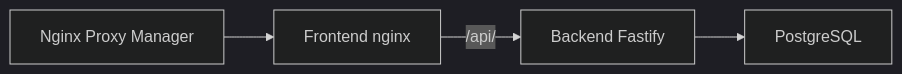
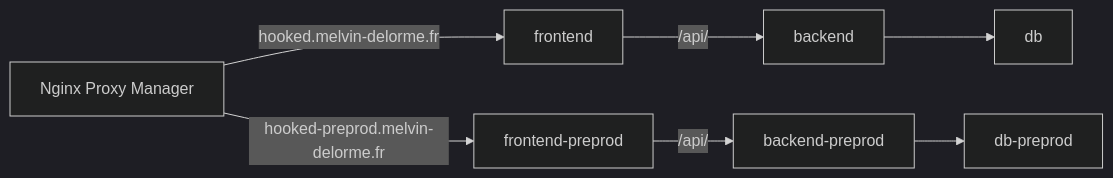
The second of 3 diagrams in .agent/spec/cicd.md (PumixA/hooked), drawn with Mermaid (dark theme) before and after one commit. The commit also changed other lines of this file and 3 other files, not shown here.

````diff
--- a/.agent/spec/cicd.md
+++ b/.agent/spec/cicd.md
@@ -67,6 +85,9 @@
 ```mermaid
 graph LR
-    NPM[Nginx Proxy Manager] --> FE[Frontend nginx]
-    FE -->|/api/| BE[Backend Fastify]
-    BE --> DB[PostgreSQL]
+    NPM[Nginx Proxy Manager] -->|hooked.melvin-delorme.fr| FE[frontend]
+    NPM -->|hooked-preprod.melvin-delorme.fr| FEP[frontend-preprod]
+    FE -->|/api/| BE[backend]
+    FEP -->|/api/| BEP[backend-preprod]
+    BE --> DB[db]
+    BEP --> DBP[db-preprod]
 ```
````
